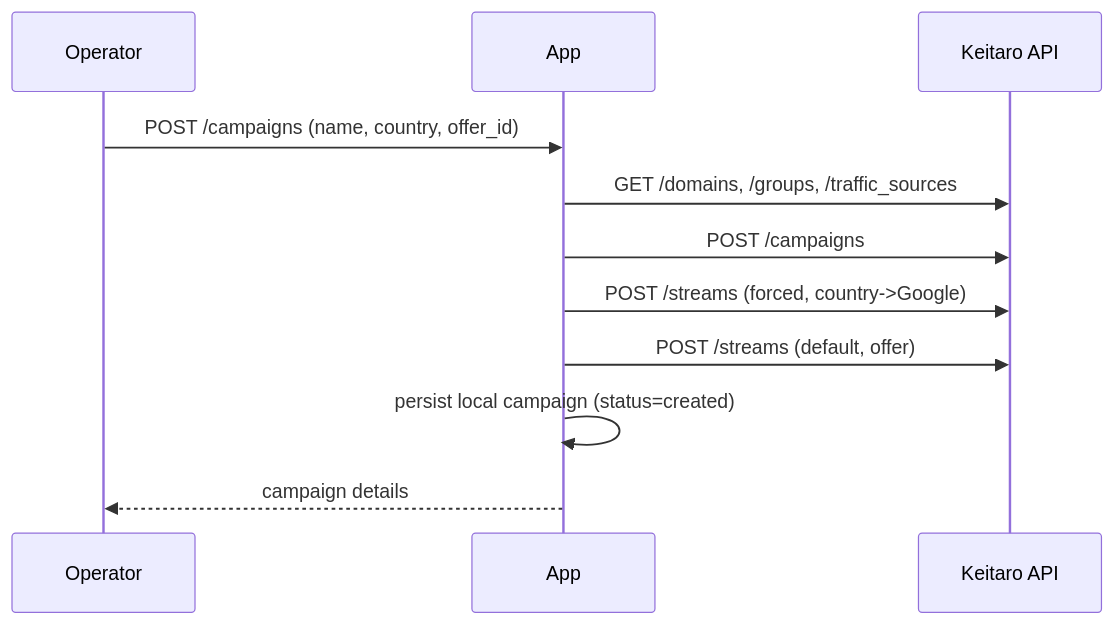
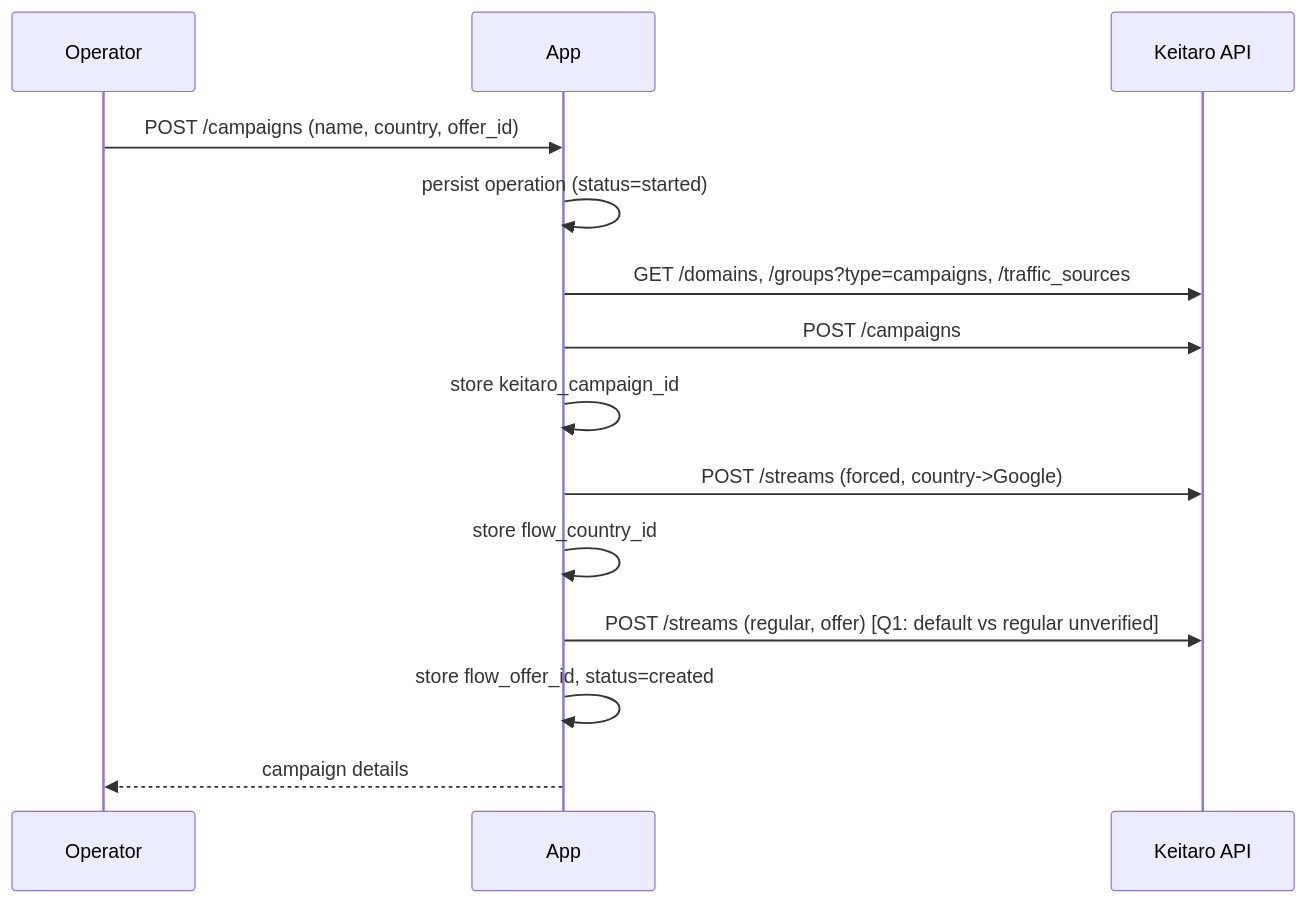
Before and after one commit to zaebee/keitaro-wrap: the first of 2 diagrams in docs/architecture.md, drawn with Mermaid. The commit also changed other lines of this file and 6 other files, not shown here.

````diff
--- a/docs/architecture.md
+++ b/docs/architecture.md
@@ -31,13 +36,16 @@
 ```mermaid
 sequenceDiagram
   participant U as Operator
   participant A as App
   participant K as Keitaro API
   U->>A: POST /campaigns (name, country, offer_id)
-  A->>K: GET /domains, /groups, /traffic_sources
+  A->>A: persist operation (status=started)
+  A->>K: GET /domains, /groups?type=campaigns, /traffic_sources
   A->>K: POST /campaigns
+  A->>A: store keitaro_campaign_id
   A->>K: POST /streams (forced, country->Google)
-  A->>K: POST /streams (default, offer)
-  A->>A: persist local campaign (status=created)
+  A->>A: store flow_country_id
+  A->>K: POST /streams (regular, offer) [Q1: default vs regular unverified]
+  A->>A: store flow_offer_id, status=created
   A-->>U: campaign details
 ```
````
